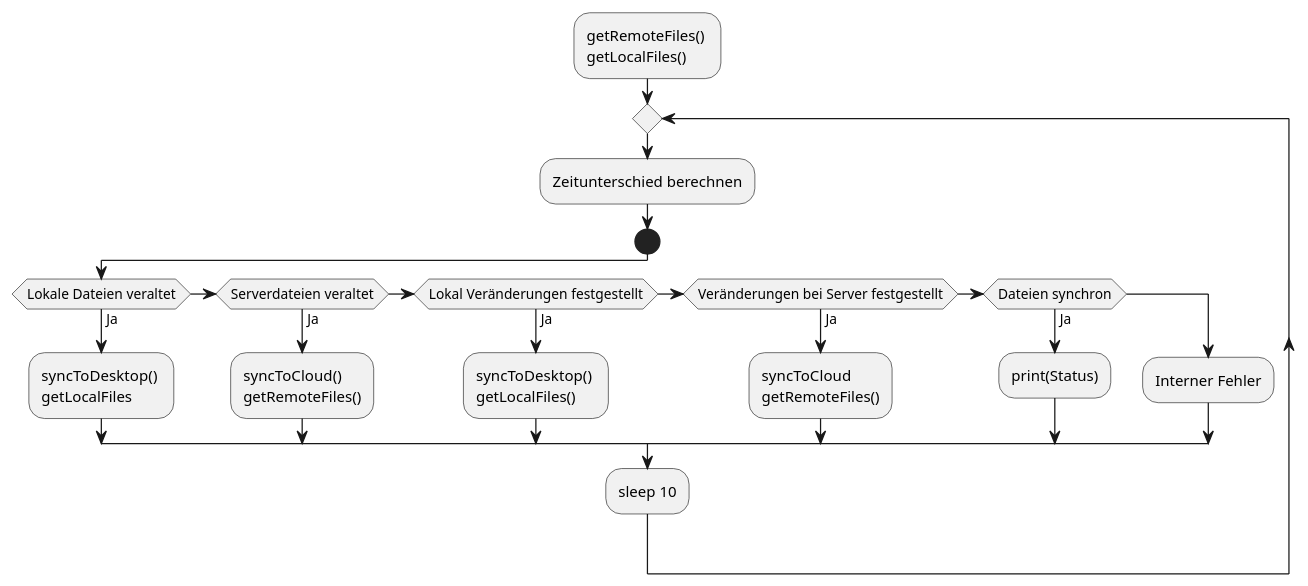
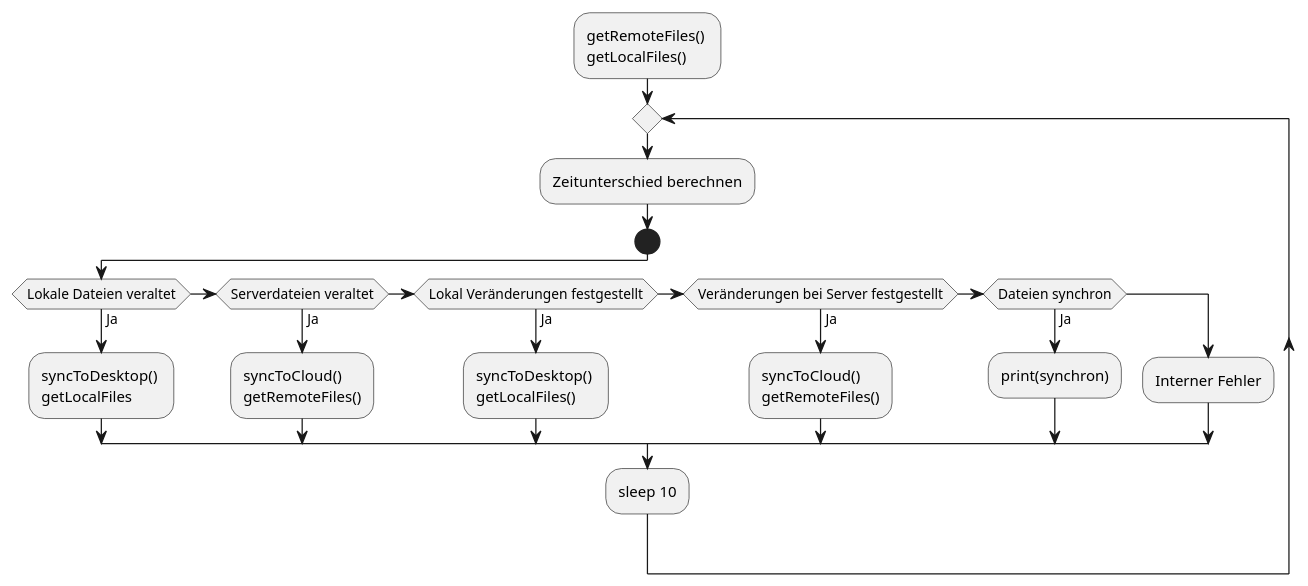
One commit to Lan3ye/ownCloudClient changed the diagram in UML.wsd. Above: the diagram before and after it, drawn with PlantUML. The commit also changed 2 other files, not shown here.

Commit message:
Added graphical representations

```diff
--- a/UML.wsd
+++ b/UML.wsd
@@ -1,23 +1,23 @@
 @startuml
 
 :getRemoteFiles() \ngetLocalFiles();
 
 repeat
     :Zeitunterschied berechnen;
     ' !pragma useVerticalIf on
     start
     if (Lokale Dateien veraltet) then (Ja)
         :syncToDesktop() \ngetLocalFiles;
     elseif (Serverdateien veraltet) then (Ja)
         :syncToCloud() \ngetRemoteFiles();
     elseif (Lokal Veränderungen festgestellt) then (Ja)
         :syncToDesktop() \ngetLocalFiles();
     elseif (Veränderungen bei Server festgestellt) then (Ja)
-        :syncToCloud \ngetRemoteFiles();
+        :syncToCloud() \ngetRemoteFiles();
     elseif (Dateien synchron) then (Ja)
-        :print(Status);
+        :print(synchron);
     else ()
         :Interner Fehler;
     endif
     :sleep 10;
 @enduml
```
